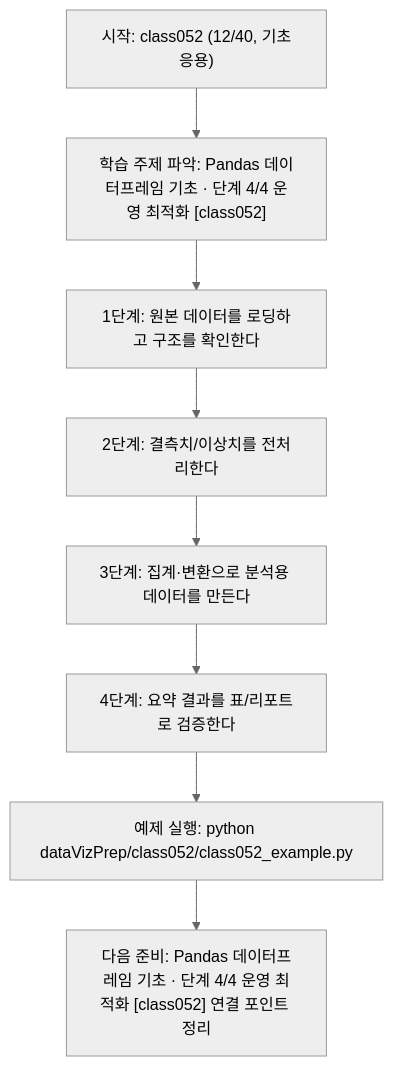
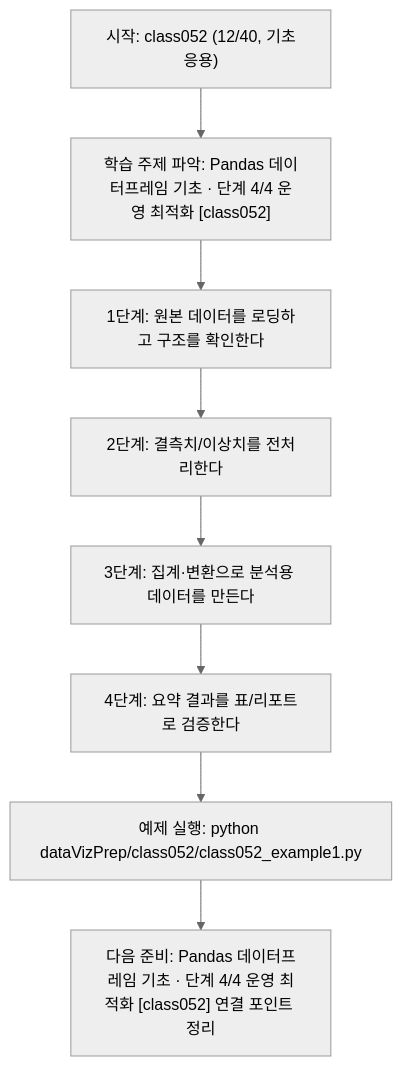
Before and after one commit to edumgt/Python-AI_Agent-Class: the diagram in dataVizPrep/class052/class052.md, drawn with Mermaid (neutral theme). The commit also changed other lines of this file and 2959 other files, not shown here.

````diff
--- a/dataVizPrep/class052/class052.md
+++ b/dataVizPrep/class052/class052.md
@@ -111,18 +111,18 @@
 ```mermaid
 flowchart TD
 N1["시작: class052 (12/40, 기초응용)"]
 N2["학습 주제 파악: Pandas 데이터프레임 기초 · 단계 4/4 운영 최적화 [class052]"]
 N3["1단계: 원본 데이터를 로딩하고 구조를 확인한다"]
 N4["2단계: 결측치/이상치를 전처리한다"]
 N5["3단계: 집계·변환으로 분석용 데이터를 만든다"]
 N6["4단계: 요약 결과를 표/리포트로 검증한다"]
-N7["예제 실행: python dataVizPrep/class052/class052_example.py"]
+N7["예제 실행: python dataVizPrep/class052/class052_example1.py"]
 N8["다음 준비: Pandas 데이터프레임 기초 · 단계 4/4 운영 최적화 [class052] 연결 포인트 정리"]
 N1 --> N2
 N2 --> N3
 N3 --> N4
 N4 --> N5
 N5 --> N6
 N6 --> N7
 N7 --> N8
 ```
````
